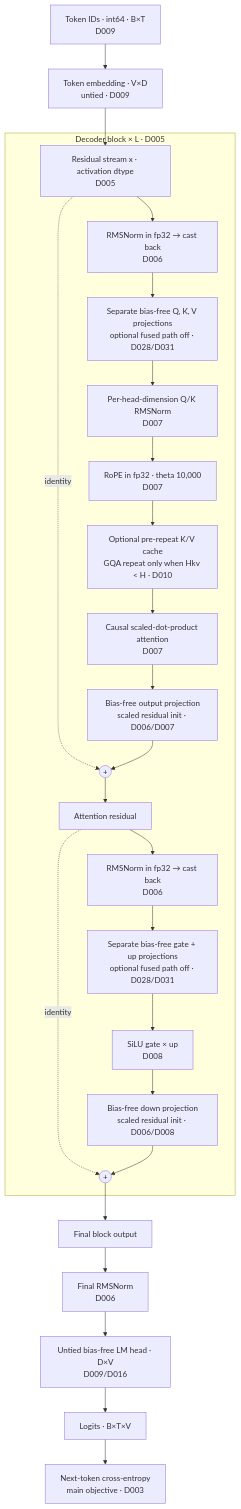
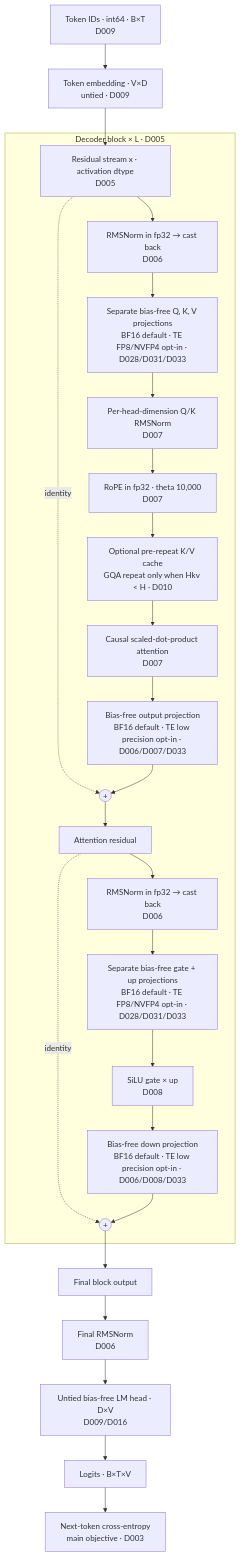
The first of 2 diagrams in docs/architecture.md (TyrelCB/llm-modern-arch-experiment), drawn with Mermaid before and after one commit. The commit also changed other lines of this file and 15 other files, not shown here.

````diff
--- a/docs/architecture.md
+++ b/docs/architecture.md
@@ -20,30 +20,30 @@
 ```mermaid
 flowchart TD
     TOK["Token IDs · int64 · B×T<br/>D009"] --> EMB["Token embedding · V×D<br/>untied · D009"]
     EMB --> X0["Residual stream x · activation dtype<br/>D005"]
 
     subgraph BLOCK["Decoder block × L · D005"]
       X0 --> AN["RMSNorm in fp32 → cast back<br/>D006"]
-      AN --> QKV["Separate bias-free Q, K, V projections<br/>optional fused path off · D028/D031"]
+      AN --> QKV["Separate bias-free Q, K, V projections<br/>BF16 default · TE FP8/NVFP4 opt-in · D028/D031/D033"]
       QKV --> QKN["Per-head-dimension Q/K RMSNorm<br/>D007"]
       QKN --> ROPE["RoPE in fp32 · theta 10,000<br/>D007"]
       ROPE --> CACHE["Optional pre-repeat K/V cache<br/>GQA repeat only when Hkv &lt; H · D010"]
       CACHE --> SDPA["Causal scaled-dot-product attention<br/>D007"]
-      SDPA --> OP["Bias-free output projection<br/>scaled residual init · D006/D007"]
+      SDPA --> OP["Bias-free output projection<br/>BF16 default · TE low precision opt-in · D006/D007/D033"]
       X0 -. identity .-> AADD((+))
       OP --> AADD
       AADD --> X1["Attention residual"]
       X1 --> FN["RMSNorm in fp32 → cast back<br/>D006"]
-      FN --> GU["Separate bias-free gate + up projections<br/>optional fused path off · D028/D031"]
+      FN --> GU["Separate bias-free gate + up projections<br/>BF16 default · TE FP8/NVFP4 opt-in · D028/D031/D033"]
       GU --> MUL["SiLU gate × up<br/>D008"]
-      MUL --> DOWN["Bias-free down projection<br/>scaled residual init · D006/D008"]
+      MUL --> DOWN["Bias-free down projection<br/>BF16 default · TE low precision opt-in · D006/D008/D033"]
       X1 -. identity .-> FADD((+))
       DOWN --> FADD
     end
 
     FADD --> XL["Final block output"]
     XL --> NORM["Final RMSNorm<br/>D006"]
     NORM --> HEAD["Untied bias-free LM head · D×V<br/>D009/D016"]
     HEAD --> LOGITS["Logits · B×T×V"]
     LOGITS --> CE["Next-token cross-entropy<br/>main objective · D003"]
 ```
````
